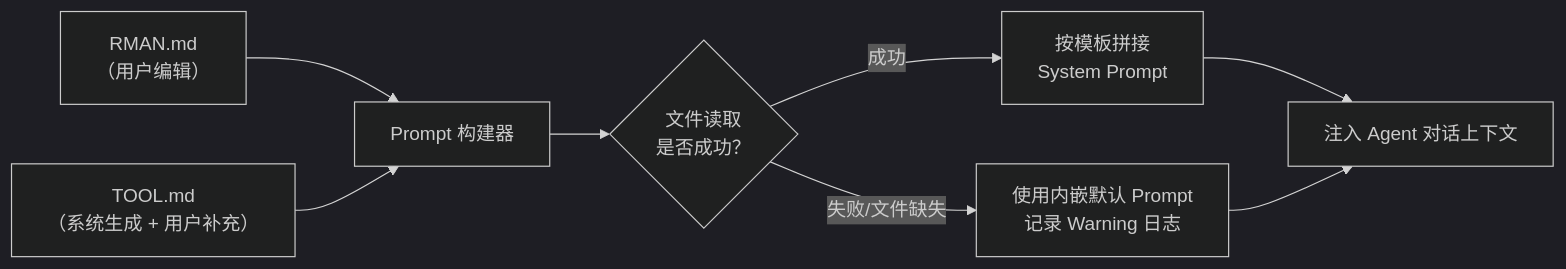
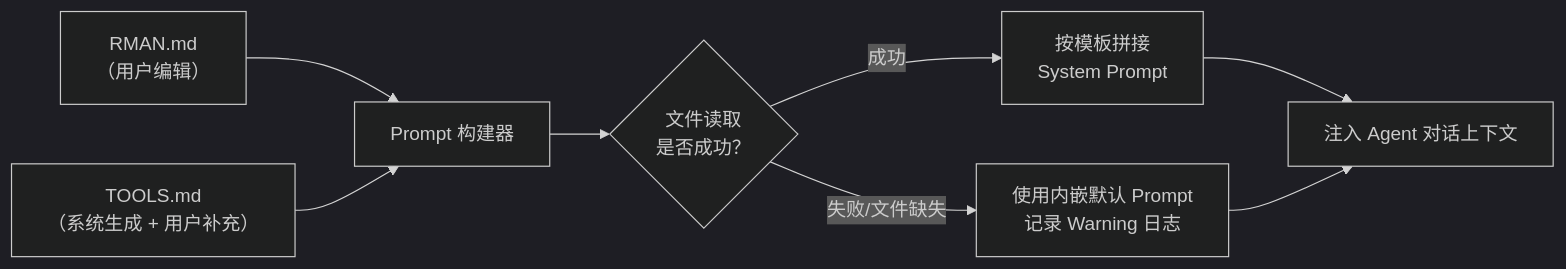
Before and after one commit to zx2015/r_man: the third of 3 diagrams in docs/requirements/core-agent/REQ-CORE-001.md, drawn with Mermaid (dark theme). The commit also changed other lines of this file and 39 other files, not shown here.

````diff
--- a/docs/requirements/core-agent/REQ-CORE-001.md
+++ b/docs/requirements/core-agent/REQ-CORE-001.md
@@ -417,10 +453,10 @@
 ```mermaid
 flowchart LR
     A["RMAN.md\n（用户编辑）"] --> C[Prompt 构建器]
-    B["TOOL.md\n（系统生成 + 用户补充）"] --> C
+    B["TOOLS.md\n（系统生成 + 用户补充）"] --> C
     C --> D{"文件读取\n是否成功？"}
     D -- "成功" --> E[按模板拼接\nSystem Prompt]
     D -- "失败/文件缺失" --> F[使用内嵌默认 Prompt\n记录 Warning 日志]
     E --> G[注入 Agent 对话上下文]
     F --> G
 ```
````
